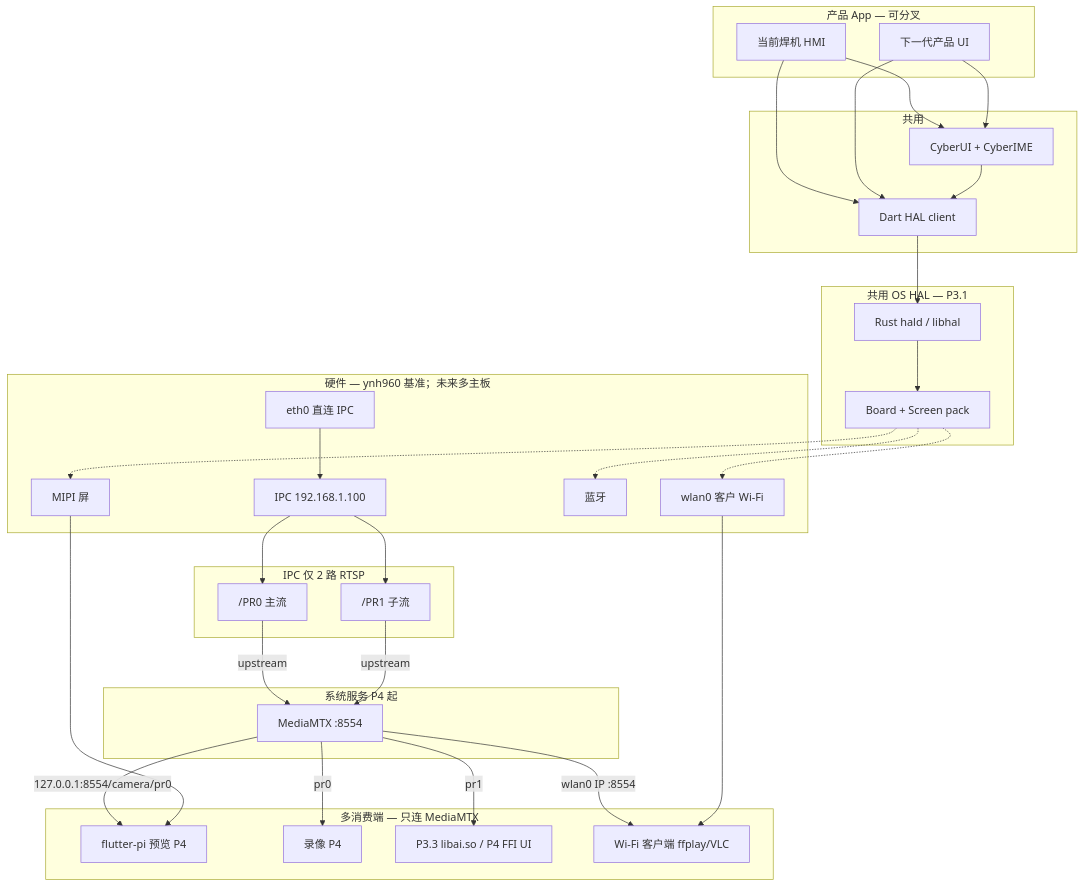
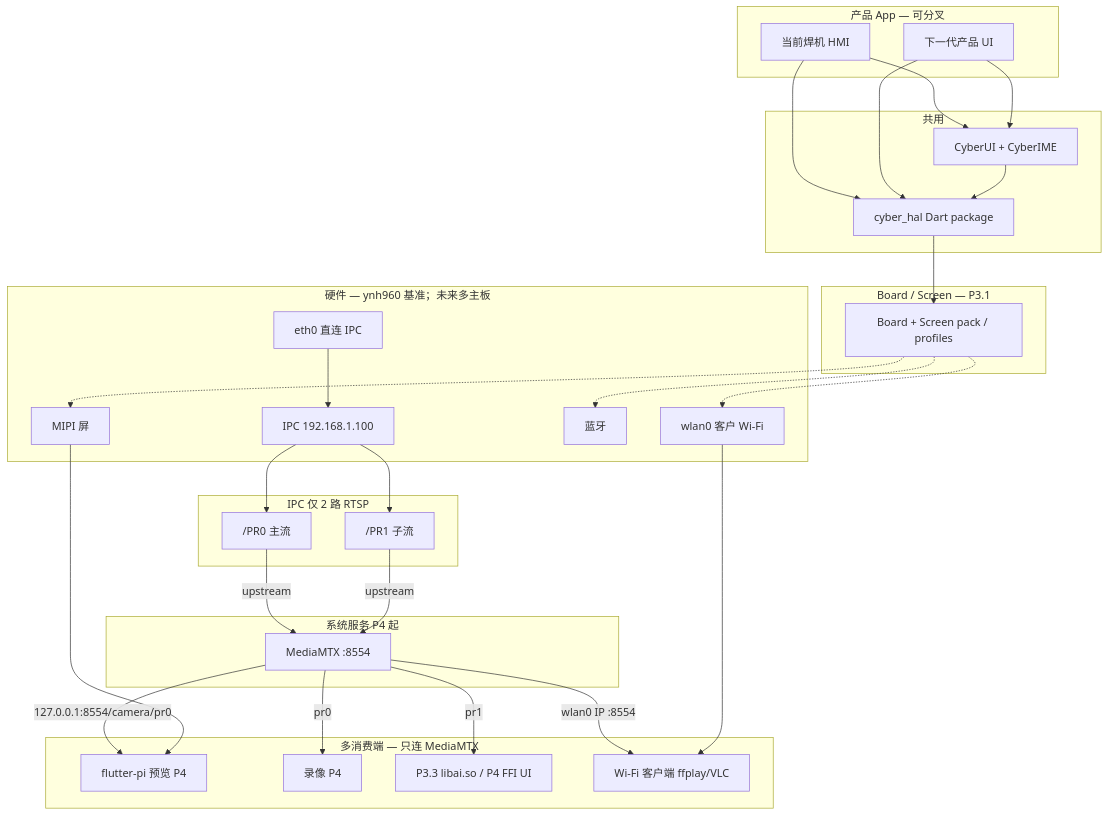
The first of 3 diagrams in docs/flutter-pi-hmi-plan.md (feng268050-ctrl/flutter_app), drawn with Mermaid before and after one commit. The commit also changed other lines of this file and 12 other files, not shown here.

First line of the commit message:
Archive superseded rust-hal OpenSpec and point docs at cyber_hal.

````diff
--- a/docs/flutter-pi-hmi-plan.md
+++ b/docs/flutter-pi-hmi-plan.md
@@ -159,61 +159,59 @@
 ```mermaid
 flowchart TB
   subgraph apps [产品 App — 可分叉]
     AppA[当前焊机 HMI]
     AppB[下一代产品 UI]
   end
   subgraph ui [共用]
     CyberUI[CyberUI + CyberIME]
-    HalClient[Dart HAL client]
+    CyberHal[cyber_hal Dart package]
   end
-  subgraph hal [共用 OS HAL — P3.1]
-    Hald[Rust hald / libhal]
-    Pack[Board + Screen pack]
+  subgraph packs [Board / Screen — P3.1]
+    Pack[Board + Screen pack / profiles]
   end
   AppA --> CyberUI
   AppB --> CyberUI
-  AppA --> HalClient
-  AppB --> HalClient
-  CyberUI --> HalClient
-  HalClient --> Hald
-  Hald --> Pack
+  AppA --> CyberHal
+  AppB --> CyberHal
+  CyberUI --> CyberHal
+  CyberHal --> Pack
   subgraph hw [硬件 — ynh960 基准；未来多主板]
     IPC[IPC 192.168.1.100]
     ETH[eth0 直连 IPC]
     WIFI[wlan0 客户 Wi‑Fi]
     BT[蓝牙]
     LCD[MIPI 屏]
   end
 
   subgraph cam [IPC 仅 2 路 RTSP]
     PR0["/PR0 主流"]
     PR1["/PR1 子流"]
   end
 
   Pack -.-> WIFI
   Pack -.-> BT
   Pack -.-> LCD
 
   subgraph svc [系统服务 P4 起]
     MTX[MediaMTX :8554]
   end
 
   subgraph consumers [多消费端 — 只连 MediaMTX]
     FP[flutter-pi 预览 P4]
     REC[录像 P4]
     AI[P3.3 libai.so / P4 FFI UI]
     LAN[Wi‑Fi 客户端 ffplay/VLC]
   end
 
   ETH --> IPC
   IPC --> PR0
   IPC --> PR1
   PR0 -->|upstream| MTX
   PR1 -->|upstream| MTX
   MTX -->|127.0.0.1:8554/camera/pr0| FP
   MTX -->|pr0| REC
   MTX -->|pr1| AI
   MTX -->|wlan0 IP :8554| LAN
   WIFI --> LAN
   LCD --> FP
 ```
````
